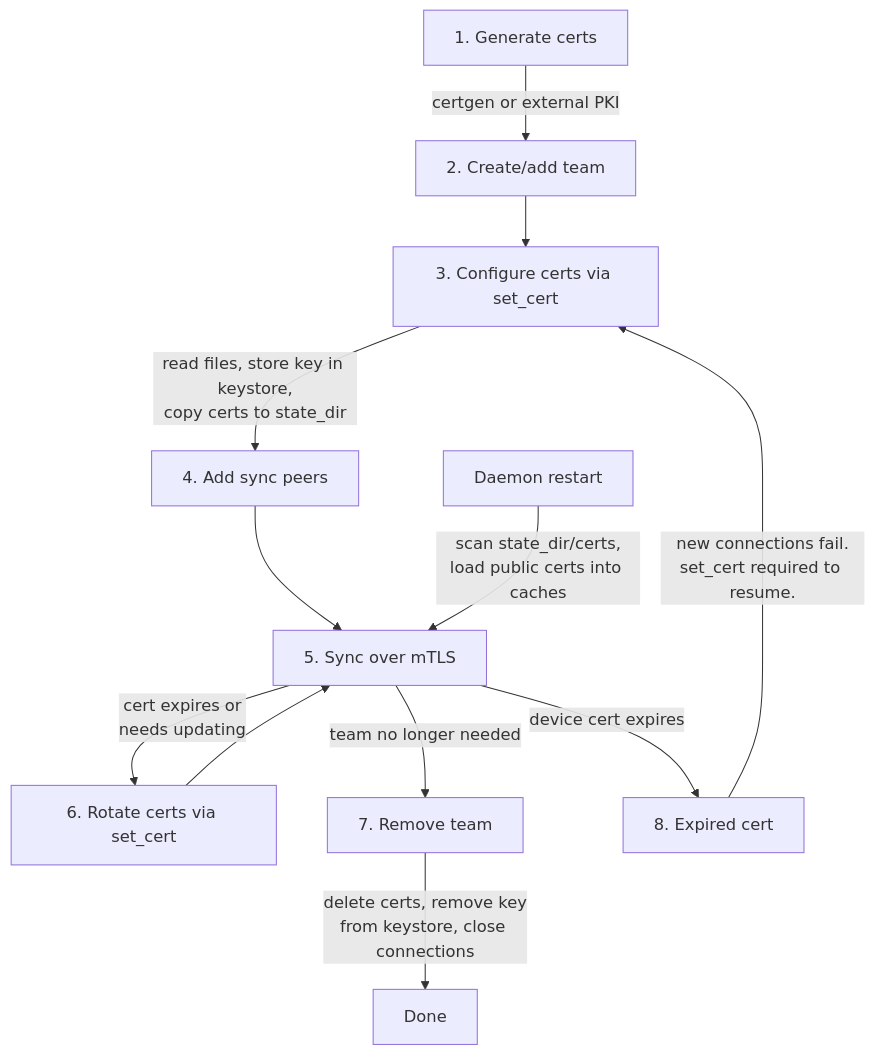
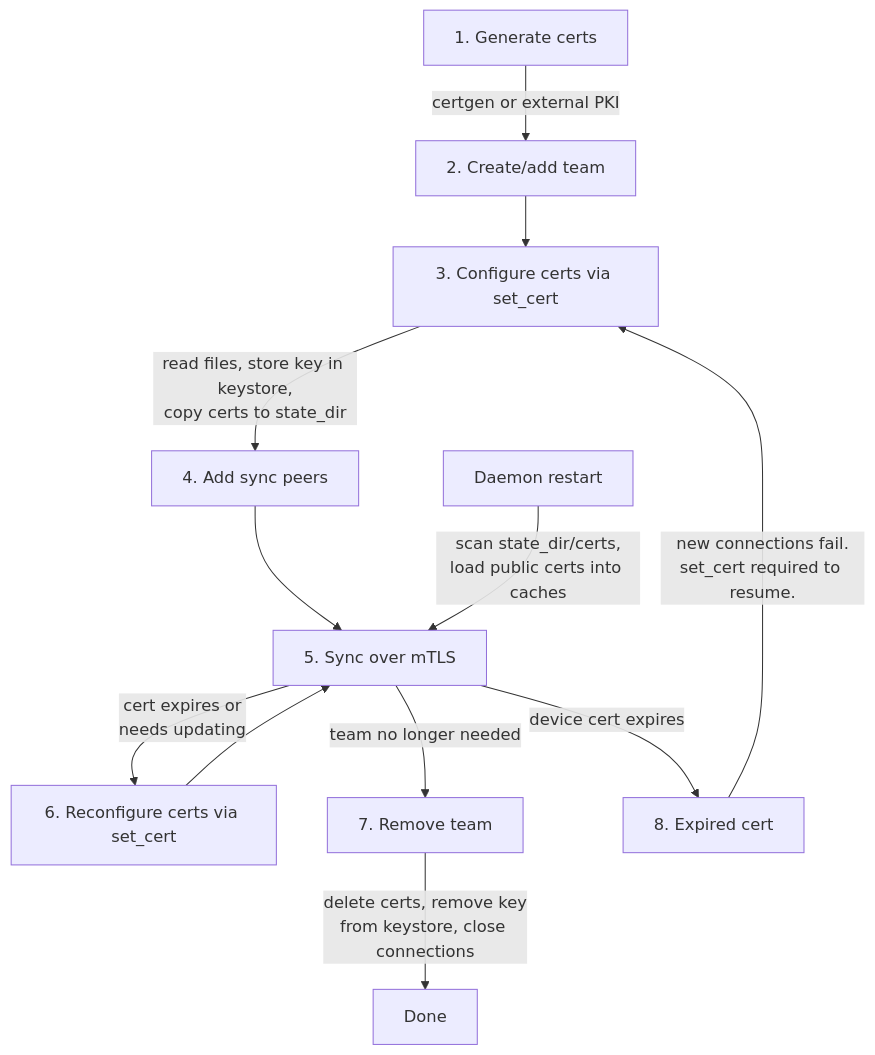
Before and after one commit to aranya-project/aranya-docs: the diagram in docs/mtls.md, drawn with Mermaid. The commit also changed other lines of this file, not shown here.

First line of the commit message:
mtls: rename cert rotation to cert reconfiguration

````diff
--- a/docs/mtls.md
+++ b/docs/mtls.md
@@ -70,16 +70,16 @@
 ```mermaid
 flowchart TD
     A[1. Generate certs] -->|certgen or external PKI| B[2. Create/add team]
     B --> C[3. Configure certs via set_cert]
     C -->|read files, store key in keystore,<br/>copy certs to state_dir| D[4. Add sync peers]
     D --> E[5. Sync over mTLS]
-    E -->|cert expires or<br/>needs updating| F[6. Rotate certs via set_cert]
+    E -->|cert expires or<br/>needs updating| F[6. Reconfigure certs via set_cert]
     F --> E
     E -->|team no longer needed| G[7. Remove team]
     G -->|delete certs, remove key<br/>from keystore, close connections| H[Done]
 
     I[Daemon restart] -->|scan state_dir/certs,<br/>load public certs into caches| E
 
     E -->|device cert expires| J[8. Expired cert]
     J -->|new connections fail.<br/>set_cert required to resume.| C
 ```
````
